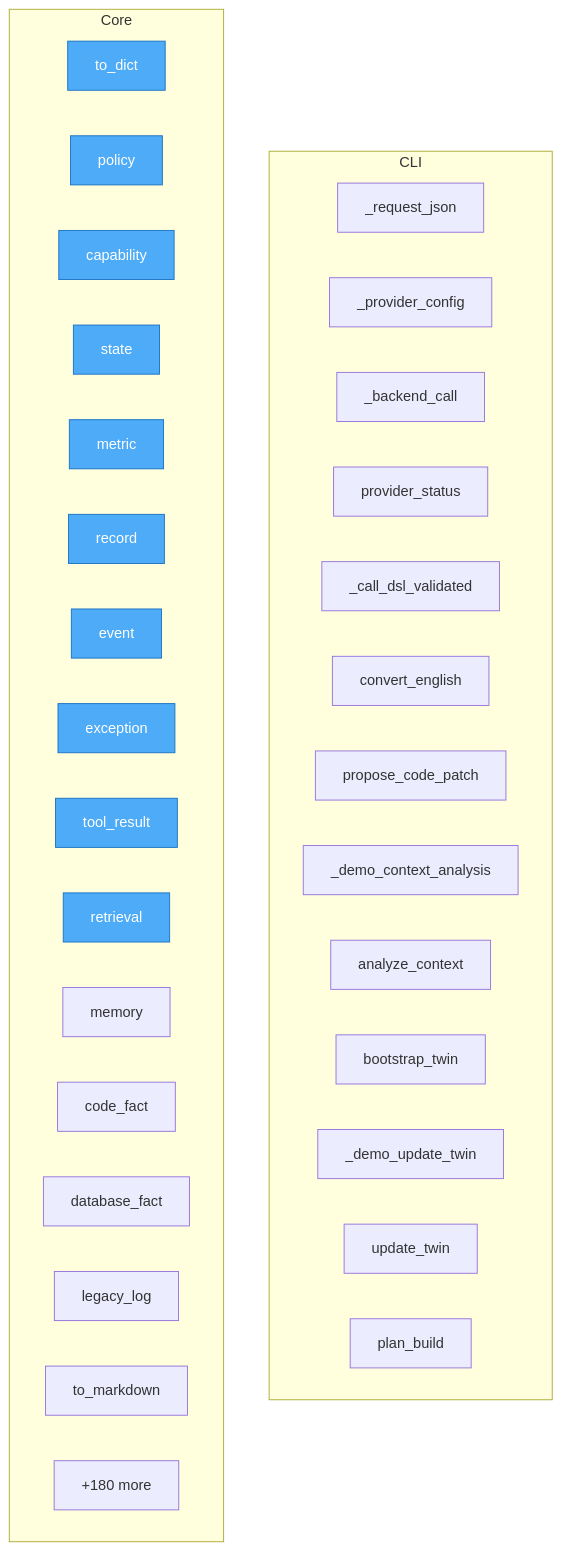
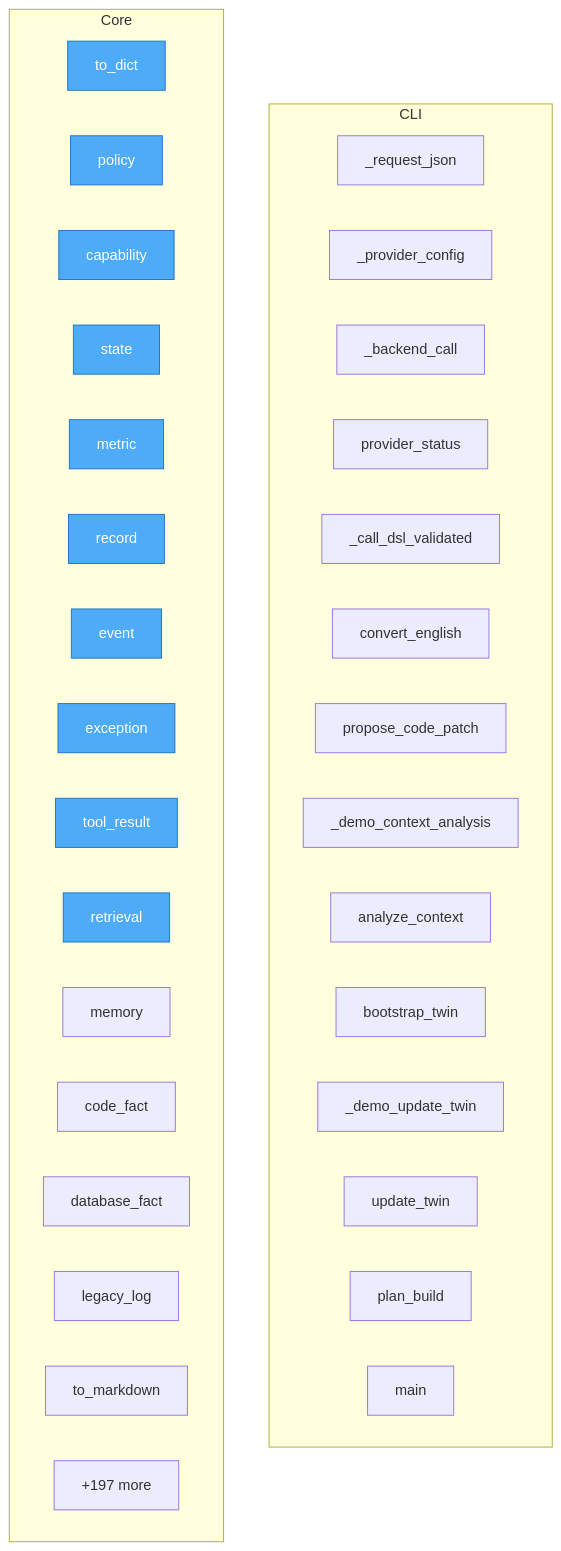
The diagram in project/flow.mmd (tom-sapletta-com/onlyDSL), drawn with Mermaid before and after one commit. The commit also changed 35 other files, not shown here.

```diff
--- a/project/flow.mmd
+++ b/project/flow.mmd
@@ -1,42 +1,43 @@
 flowchart TD
 %% generated in 0.01s
 
     %% Entry points (blue)
     classDef entry fill:#4dabf7,stroke:#1971c2,color:#fff
 
     subgraph CLI
         llm_client___request_json["_request_json"]
         llm_client___provider_config["_provider_config"]
         llm_client___backend_call["_backend_call"]
         llm_client__provider_status["provider_status"]
         llm_client___call_dsl_validated["_call_dsl_validated"]
         llm_client__convert_english["convert_english"]
         llm_client__propose_code_patch["propose_code_patch"]
         llm_client___demo_context_analysis["_demo_context_analysis"]
         llm_client__analyze_context["analyze_context"]
         llm_client__bootstrap_twin["bootstrap_twin"]
         llm_client___demo_update_twin["_demo_update_twin"]
         llm_client__update_twin["update_twin"]
         llm_client__plan_build["plan_build"]
+        onlydsl__cli__main["main"]
     end
 
     subgraph Core
         contextdsl__ContextDocument__to_dict["to_dict"]
         contextdsl__ContextCompiler__policy["policy"]
         contextdsl__ContextCompiler__capability["capability"]
         contextdsl__ContextCompiler__state["state"]
         contextdsl__ContextCompiler__metric["metric"]
         contextdsl__ContextCompiler__record["record"]
         contextdsl__ContextCompiler__event["event"]
         contextdsl__ContextCompiler__exception["exception"]
         contextdsl__ContextCompiler__tool_result["tool_result"]
         contextdsl__ContextCompiler__retrieval["retrieval"]
         contextdsl__ContextCompiler__memory["memory"]
         contextdsl__ContextCompiler__code_fact["code_fact"]
         contextdsl__ContextCompiler__database_fact["database_fact"]
         contextdsl__ContextCompiler__legacy_log["legacy_log"]
         contextdsl__ContextCompiler__to_markdown["to_markdown"]
-        ...["+180 more"]
+        ...["+197 more"]
     end
 
     class contextdsl__ContextDocument__to_dict,contextdsl__ContextCompiler__policy,contextdsl__ContextCompiler__capability,contextdsl__ContextCompiler__state,contextdsl__ContextCompiler__metric,contextdsl__ContextCompiler__record,contextdsl__ContextCompiler__event,contextdsl__ContextCompiler__exception,contextdsl__ContextCompiler__tool_result,contextdsl__ContextCompiler__retrieval entry
```
